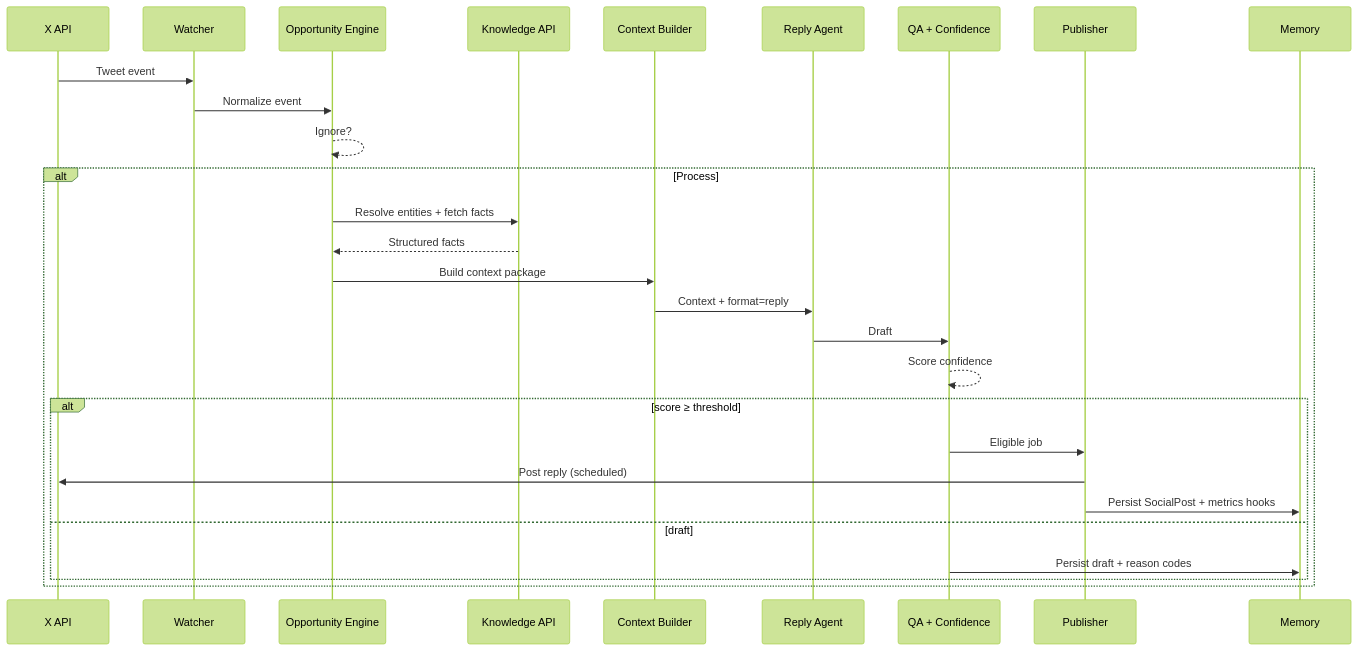
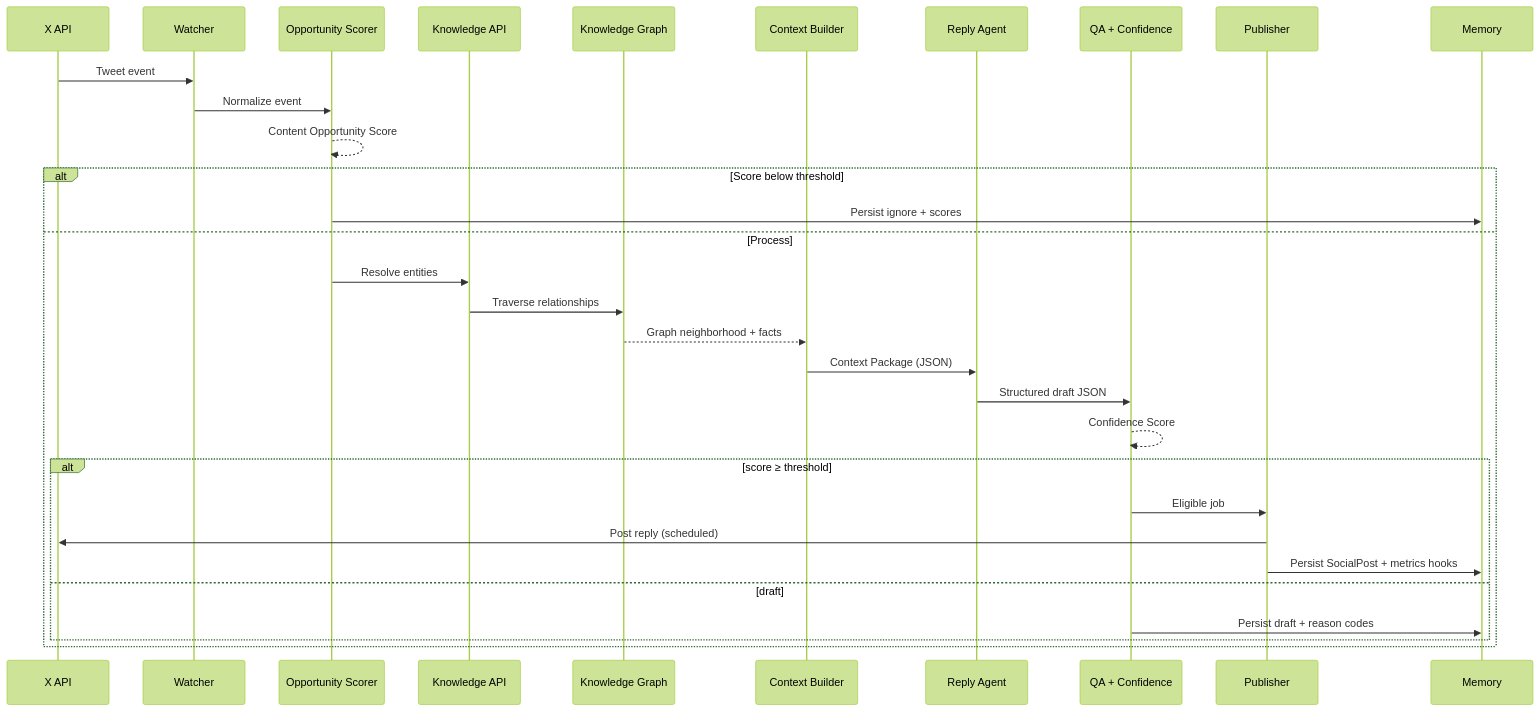
One commit to ActorRating/ActorRating changed the first of 2 diagrams in docs/social-ai/ARCHITECTURE.md. Above: the diagram before and after it, drawn with Mermaid (forest theme). The commit also changed other lines of this file and 1 other file, not shown here.

````diff
--- a/docs/social-ai/ARCHITECTURE.md
+++ b/docs/social-ai/ARCHITECTURE.md
@@ -202,31 +238,34 @@
 ```mermaid
 sequenceDiagram
   participant X as X API
   participant W as Watcher
-  participant O as Opportunity Engine
+  participant O as Opportunity Scorer
   participant K as Knowledge API
+  participant G as Knowledge Graph
   participant C as Context Builder
   participant R as Reply Agent
   participant Q as QA + Confidence
   participant P as Publisher
   participant M as Memory
 
   X->>W: Tweet event
   W->>O: Normalize event
-  O-->>O: Ignore?
-  alt Process
-    O->>K: Resolve entities + fetch facts
-    K-->>O: Structured facts
-    O->>C: Build context package
-    C->>R: Context + format=reply
-    R->>Q: Draft
-    Q-->>Q: Score confidence
+  O-->>O: Content Opportunity Score
+  alt Score below threshold
+    O->>M: Persist ignore + scores
+  else Process
+    O->>K: Resolve entities
+    K->>G: Traverse relationships
+    G-->>C: Graph neighborhood + facts
+    C->>R: Context Package (JSON)
+    R->>Q: Structured draft JSON
+    Q-->>Q: Confidence Score
     alt score ≥ threshold
       Q->>P: Eligible job
       P->>X: Post reply (scheduled)
       P->>M: Persist SocialPost + metrics hooks
     else draft
       Q->>M: Persist draft + reason codes
     end
   end
 ```
````
